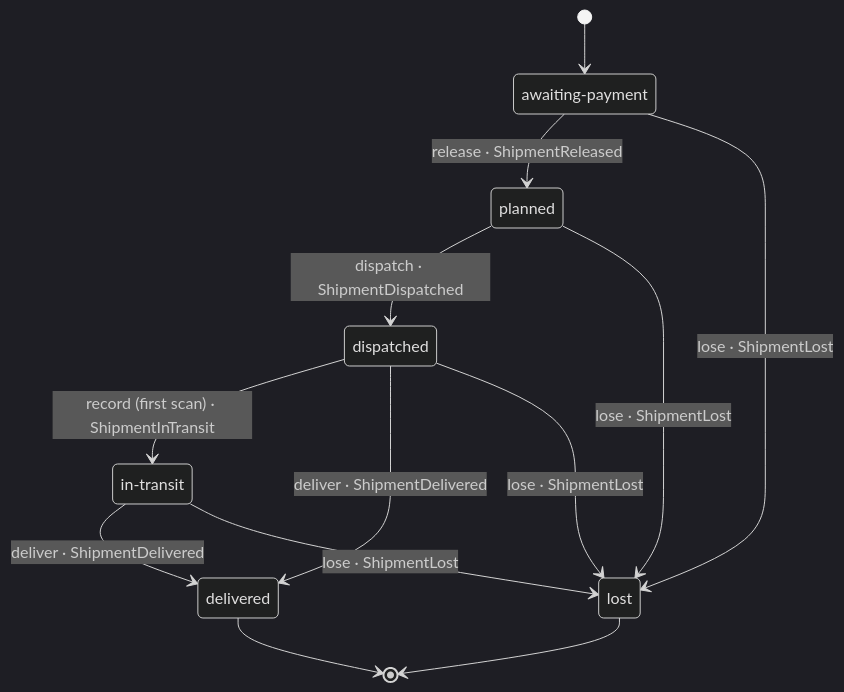
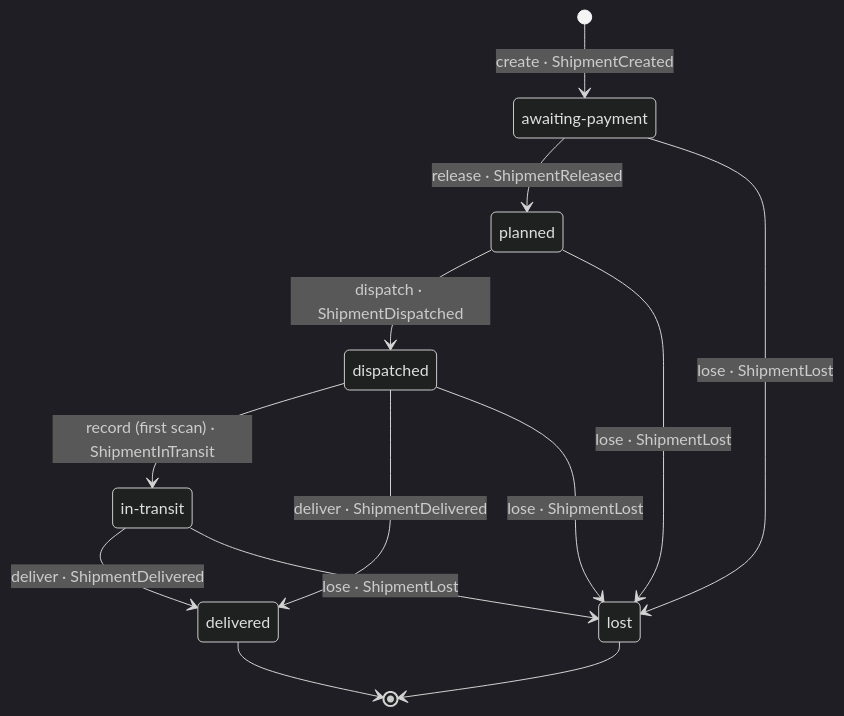
The first of 2 diagrams in docs/example/delivery/core/aggregates/shipment.md (shortlink-org/portolan), drawn with Mermaid (dark theme) before and after one commit. The commit also changed other lines of this file and 60 other files, not shown here.

````diff
--- a/docs/example/delivery/core/aggregates/shipment.md
+++ b/docs/example/delivery/core/aggregates/shipment.md
@@ -35,17 +43,17 @@
 ```mermaid
 stateDiagram-v2
     state "awaiting-payment" as awaiting
     state "in-transit" as transit
-    [*] --> awaiting
+    [*] --> awaiting: create · ShipmentCreated
     awaiting --> planned: release · ShipmentReleased
     awaiting --> lost: lose · ShipmentLost
     planned --> dispatched: dispatch · ShipmentDispatched
     planned --> lost: lose · ShipmentLost
     dispatched --> transit: record (first scan) · ShipmentInTransit
     dispatched --> delivered: deliver · ShipmentDelivered
     dispatched --> lost: lose · ShipmentLost
     transit --> delivered: deliver · ShipmentDelivered
     transit --> lost: lose · ShipmentLost
     delivered --> [*]
     lost --> [*]
 ```
````
